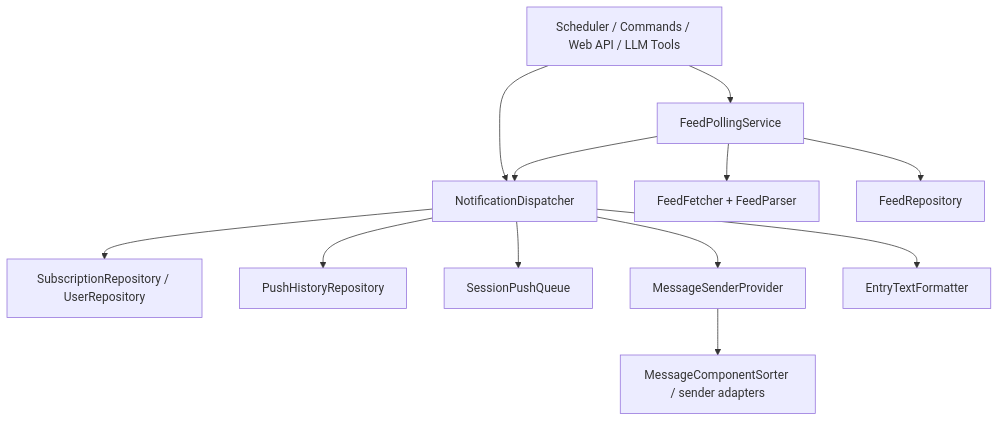
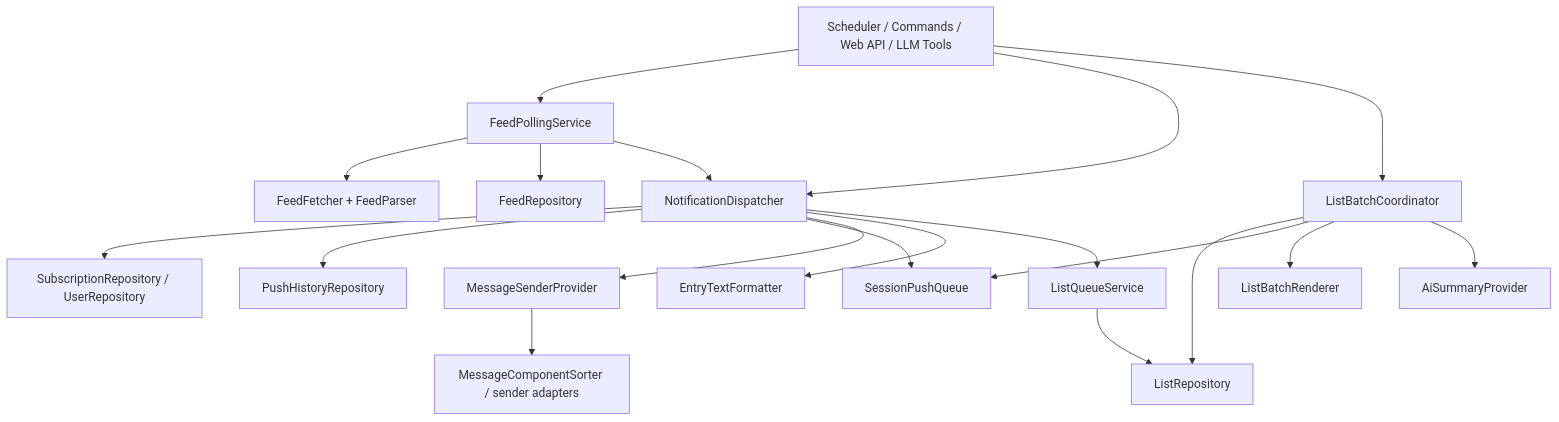
One commit to solavoy/astrbot_plugin_rsshub changed the diagram in docs/project/architecture.md. Above: the diagram before and after it, drawn with Mermaid. The commit also changed other lines of this file and 109 other files, not shown here.

First line of the commit message:
feat: push noise reduction and List aggregation (unified Markdown + DB batches + AI summary + Plugin Pages)

````diff
--- a/docs/project/architecture.md
+++ b/docs/project/architecture.md
@@ -134,17 +134,25 @@
 ```mermaid
 flowchart TD
   A["Scheduler / Commands / Web API / LLM Tools"] --> B["FeedPollingService"]
   A --> C["NotificationDispatcher"]
 
   B --> E["FeedFetcher + FeedParser"]
   B --> F["FeedRepository"]
   B --> C
 
   C --> G["SubscriptionRepository / UserRepository"]
   C --> I["PushHistoryRepository"]
   C --> J["SessionPushQueue"]
   C --> K["MessageSenderProvider"]
 
   C --> M["EntryTextFormatter"]
   K --> N["MessageComponentSorter / sender adapters"]
+
+  C --> O["ListQueueService"]
+  A --> P["ListBatchCoordinator"]
+  P --> Q["ListRepository"]
+  O --> Q
+  P --> J
+  P --> R["ListBatchRenderer"]
+  P --> S["AiSummaryProvider"]
 ```
````
